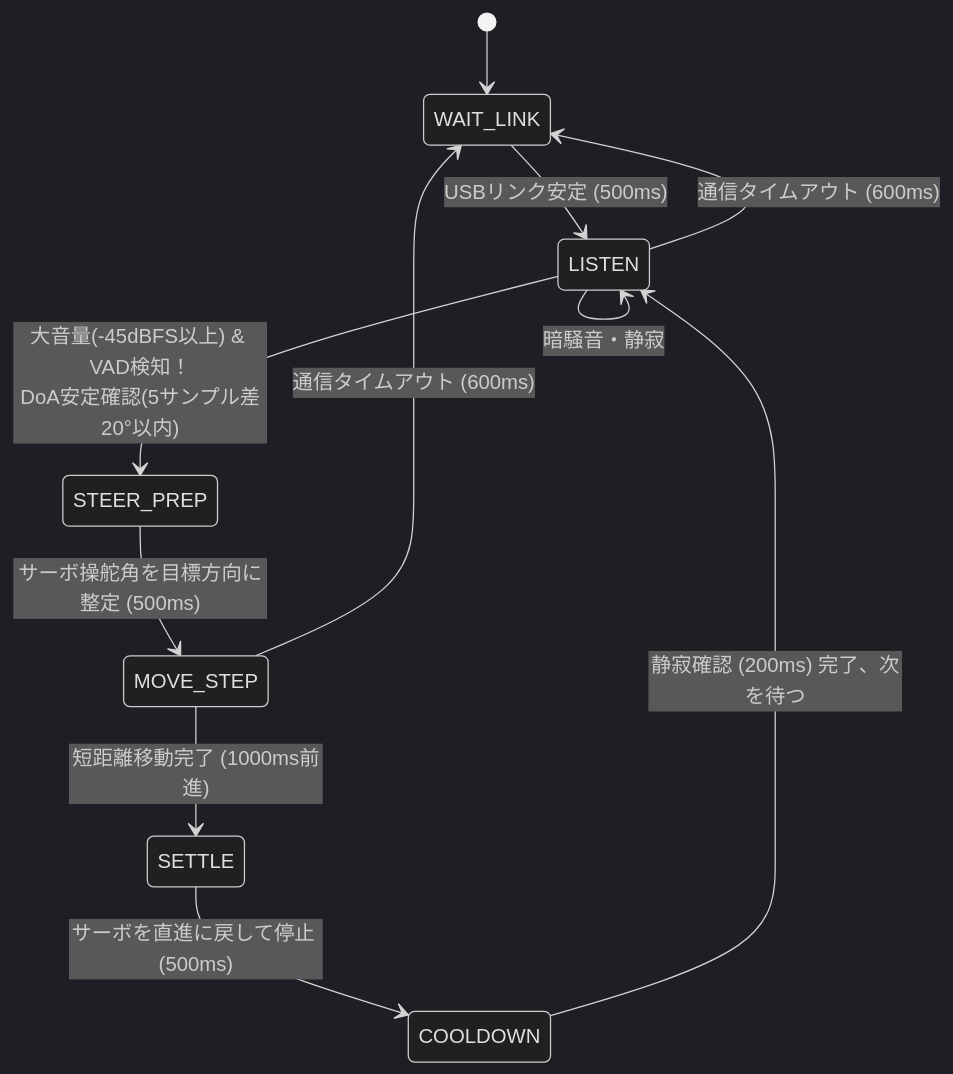
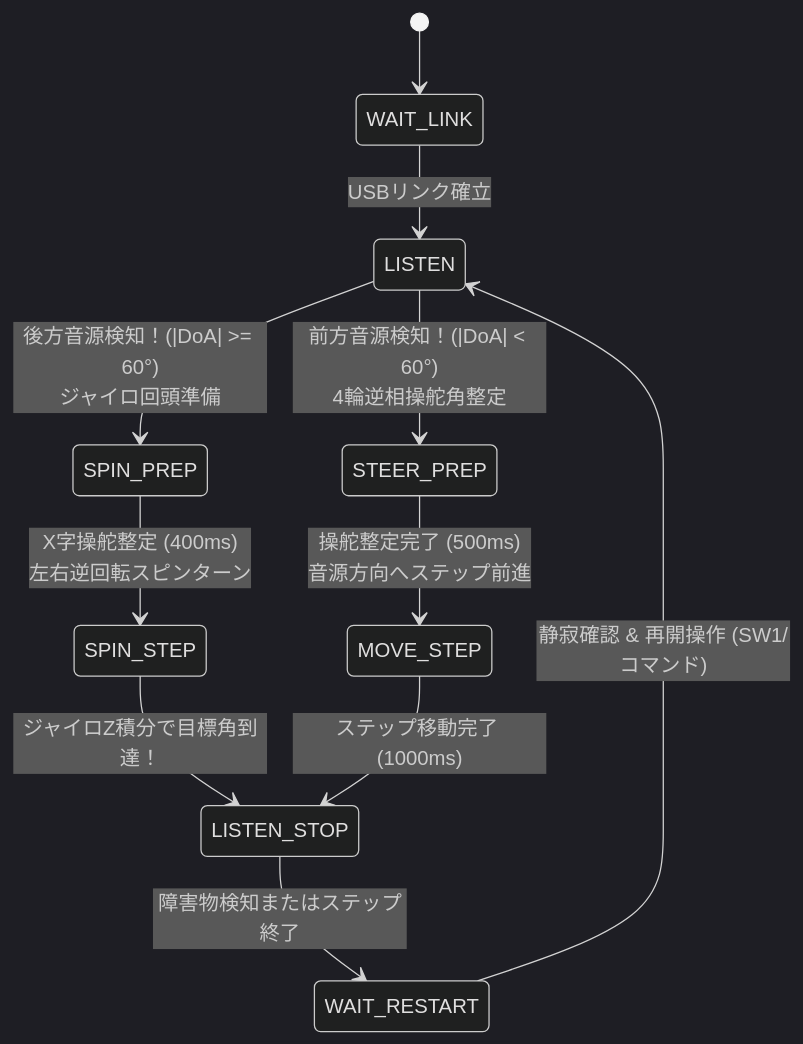
The second of 2 diagrams in docs/textbook/06_acoustic_dsp_and_edge_ai.md (horned128/sound-exploration-rover), drawn with Mermaid (dark theme) before and after one commit. The commit also changed other lines of this file and 20 other files, not shown here.

````diff
--- a/docs/textbook/06_acoustic_dsp_and_edge_ai.md
+++ b/docs/textbook/06_acoustic_dsp_and_edge_ai.md
@@ -122,19 +144,17 @@
 ```mermaid
 stateDiagram-v2
     [*] --> WAIT_LINK
-    WAIT_LINK --> LISTEN: USBリンク安定 (500ms)
+    WAIT_LINK --> LISTEN: USBリンク確立
     
-    LISTEN --> LISTEN: 暗騒音・静寂
-    LISTEN --> STEER_PREP: 大音量(-45dBFS以上) & VAD検知！<br/>DoA安定確認(5サンプル差20°以内)
+    LISTEN --> SPIN_PREP: 後方音源検知！(|DoA| >= 60°)<br/>ジャイロ回頭準備
+    LISTEN --> STEER_PREP: 前方音源検知！(|DoA| < 60°)<br/>4輪逆相操舵角整定
     
-    STEER_PREP --> MOVE_STEP: サーボ操舵角を目標方向に整定 (500ms)
+    SPIN_PREP --> SPIN_STEP: X字操舵整定 (400ms)<br/>左右逆回転スピンターン
+    SPIN_STEP --> LISTEN_STOP: ジャイロZ積分で目標角到達！
     
-    MOVE_STEP --> SETTLE: 短距離移動完了 (1000ms前進)
+    STEER_PREP --> MOVE_STEP: 操舵整定完了 (500ms)<br/>音源方向へステップ前進
+    MOVE_STEP --> LISTEN_STOP: ステップ移動完了 (1000ms)
     
-    SETTLE --> COOLDOWN: サーボを直進に戻して停止 (500ms)
-    
-    COOLDOWN --> LISTEN: 静寂確認 (200ms) 完了、次を待つ
-    
-    LISTEN --> WAIT_LINK: 通信タイムアウト (600ms)
-    MOVE_STEP --> WAIT_LINK: 通信タイムアウト (600ms)
+    LISTEN_STOP --> WAIT_RESTART: 障害物検知またはステップ終了
+    WAIT_RESTART --> LISTEN: 静寂確認 & 再開操作 (SW1/コマンド)
 ```
````
